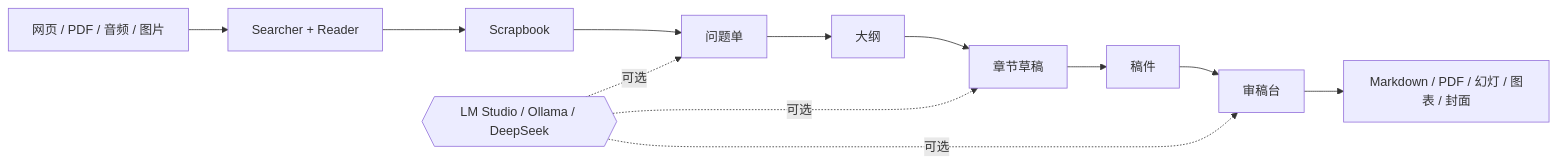
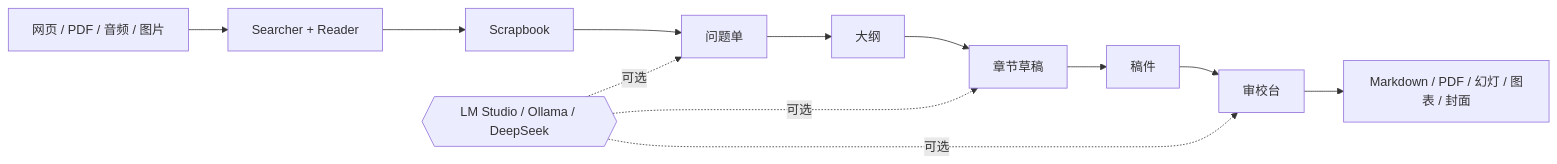
Before and after one commit to surfine/AI-System-6: the diagram in README.zh-CN.md, drawn with Mermaid. The commit also changed other lines of this file and 405 other files, not shown here.

````diff
--- a/README.zh-CN.md
+++ b/README.zh-CN.md
@@ -145,14 +145,14 @@
 ```mermaid
 flowchart LR
     A["网页 / PDF / 音频 / 图片"] --> B["Searcher + Reader"]
     B --> C["Scrapbook"]
     C --> D["问题单"]
     D --> E["大纲"]
     E --> F["章节草稿"]
     F --> G["稿件"]
-    G --> H["审稿台"]
+    G --> H["审校台"]
     H --> I["Markdown / PDF / 幻灯 / 图表 / 封面"]
     M{{"LM Studio / Ollama / DeepSeek"}} -. "可选" .-> D
     M -. "可选" .-> F
     M -. "可选" .-> H
 ```
````
